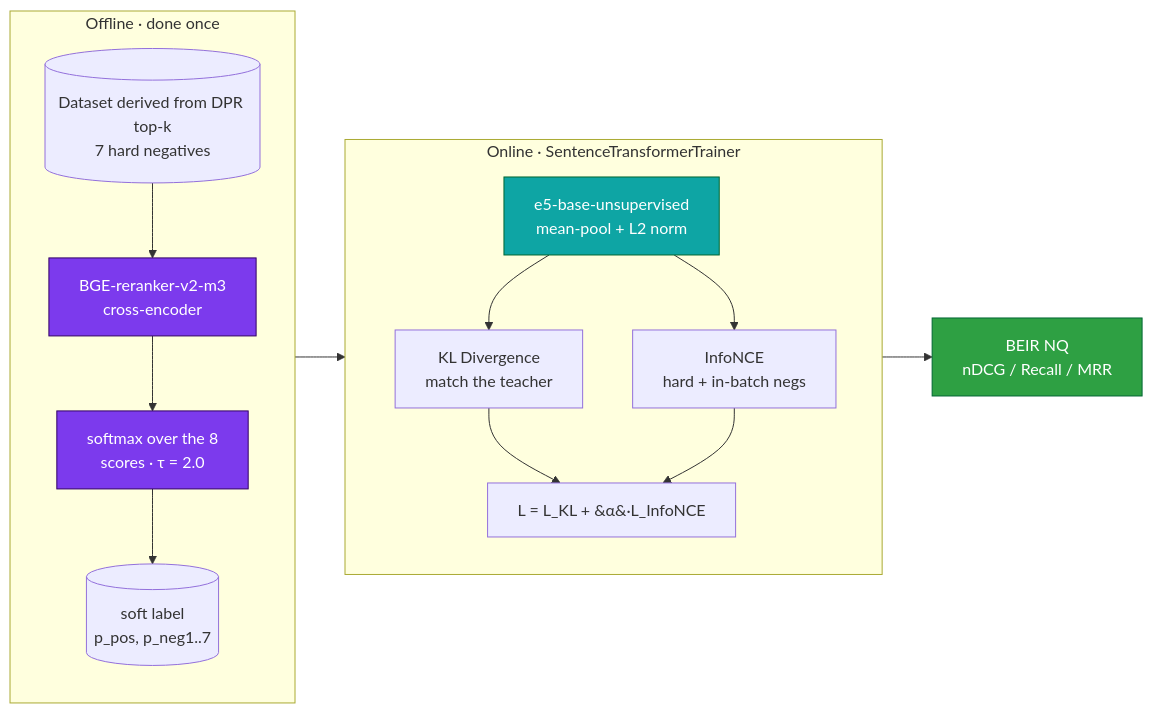
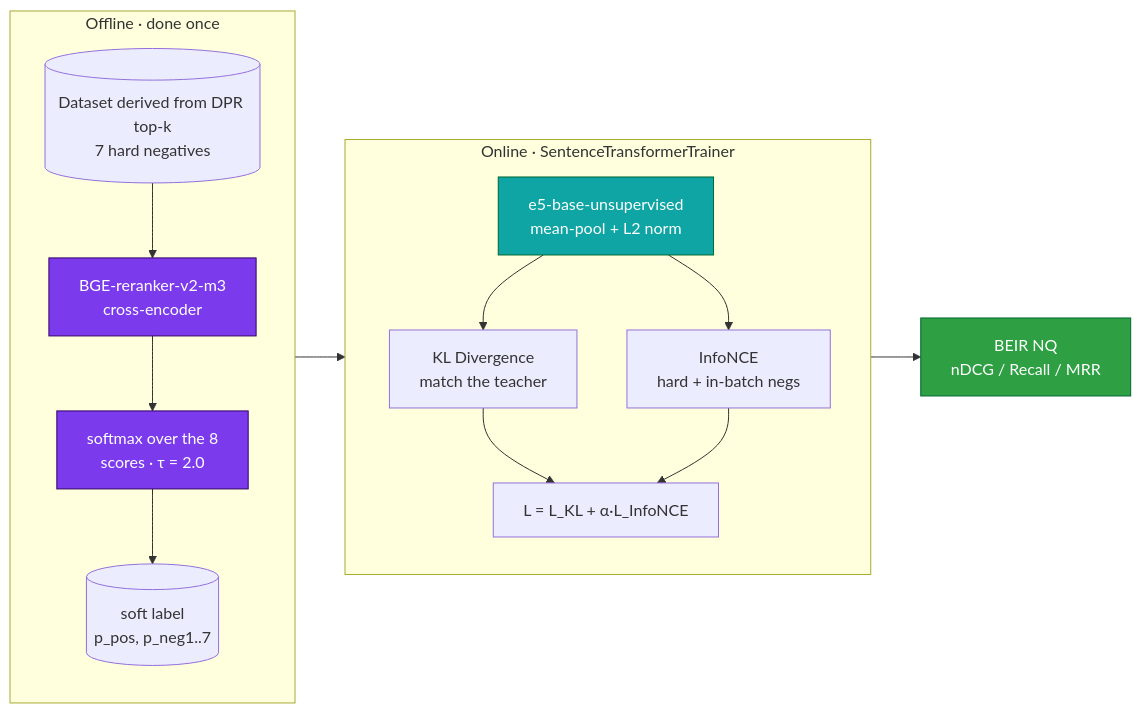
Before and after one commit to SKT799/Using-Knowledge-Distillation-For-Finetuning-Transformer-Based-Dense-Embedding-Model: the diagram in README.md, drawn with Mermaid.

````diff
--- a/README.md
+++ b/README.md
@@ -55,28 +55,28 @@
 ```mermaid
 flowchart LR
     subgraph OFFLINE [Offline · done once]
       direction TB
       DPR[(Dataset derived from DPR top-k<br/>7 hard negatives)] --> TEA[BGE-reranker-v2-m3<br/>cross-encoder]
       TEA --> SM[softmax over the 8<br/>scores · #964; = 2.0]
       SM --> LAB[(soft label<br/>p_pos, p_neg1..7)]
     end
 
     LAB --> STU
 
     subgraph TRAIN [Online · SentenceTransformerTrainer]
       direction TB
       STU[e5-base-unsupervised<br/>mean-pool + L2 norm] --> KL[KL Divergence<br/>match the teacher]
       STU --> NCE[InfoNCE<br/>hard + in-batch negs]
-      KL --> TOT[L = L_KL + &#945;&#183;L_InfoNCE]
+      KL --> TOT[L = L_KL + #945;#183;L_InfoNCE]
       NCE --> TOT
     end
 
     TOT --> EVAL[BEIR NQ<br/>nDCG / Recall / MRR]
 
     classDef tea fill:#7C3AED,stroke:#306,color:#fff;
     classDef stu fill:#0EA5A4,stroke:#063,color:#fff;
     classDef ev fill:#2EA043,stroke:#063,color:#fff;
     class TEA,SM tea;
     class STU stu;
     class EVAL ev;
 ```
````
